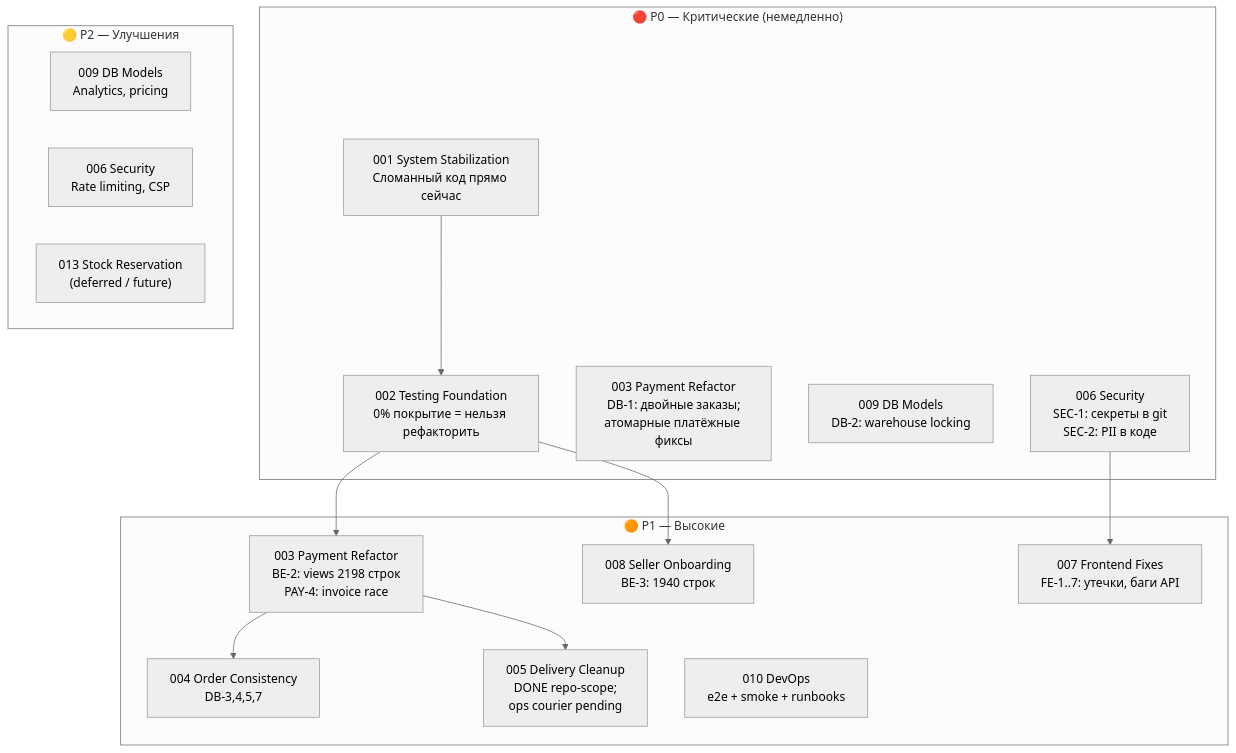
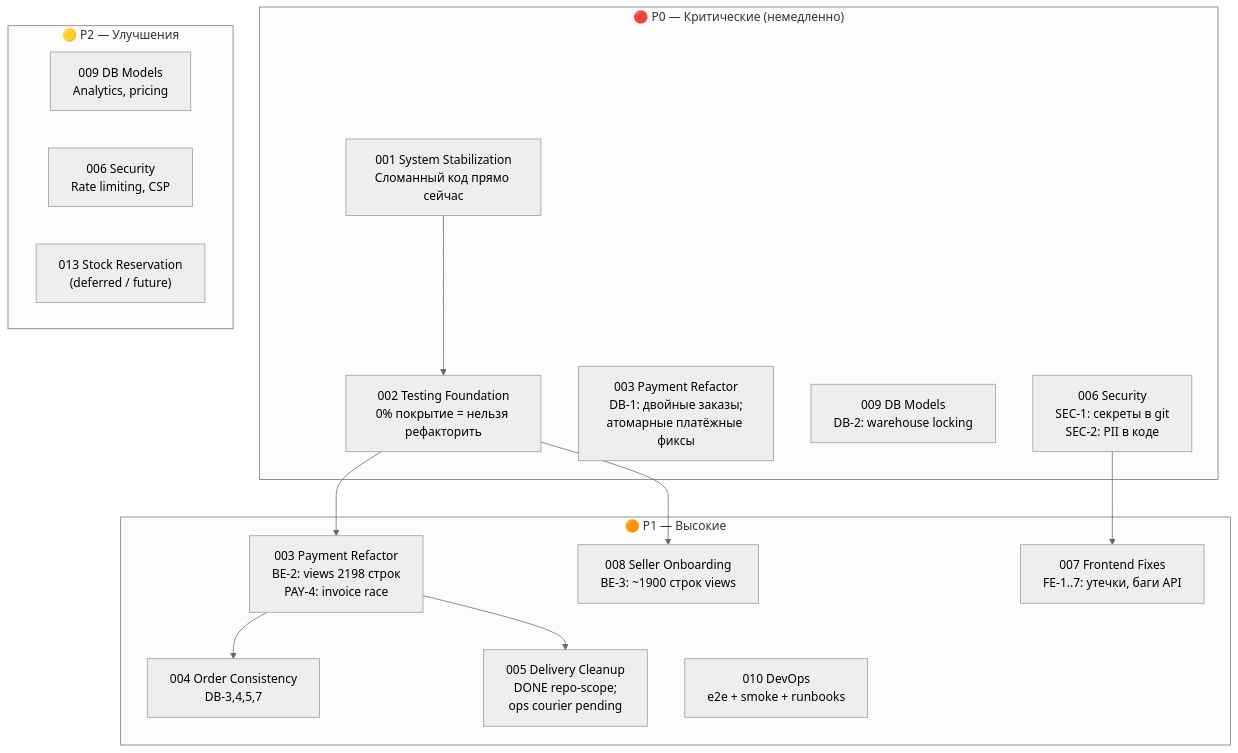
Before and after one commit to pavelchamgl/reli.one: the first of 2 diagrams in docs/tasks/README.md, drawn with Mermaid (neutral theme). The commit also changed other lines of this file and 2 other files, not shown here.

First line of the commit message:
docs(tasks): sync Task 008 seller onboarding with code and tests

````diff
--- a/docs/tasks/README.md
+++ b/docs/tasks/README.md
@@ -68,32 +68,32 @@
 ```mermaid
 graph TD
     subgraph P0["🔴 P0 — Критические (немедленно)"]
         T001["001 System Stabilization\nСломанный код прямо сейчас"]
         T002["002 Testing Foundation\n0% покрытие = нельзя рефакторить"]
         T003P0["003 Payment Refactor\nDB-1: двойные заказы;\nатомарные платёжные фиксы"]
         T009P0["009 DB Models\nDB-2: warehouse locking"]
         T006P0["006 Security\nSEC-1: секреты в git\nSEC-2: PII в коде"]
     end
 
     subgraph P1["🟠 P1 — Высокие"]
         T003["003 Payment Refactor\nBE-2: views 2198 строк\nPAY-4: invoice race"]
         T004["004 Order Consistency\nDB-3,4,5,7"]
         T005["005 Delivery Cleanup\nDONE repo-scope;\nops courier pending"]
         T007["007 Frontend Fixes\nFE-1..7: утечки, баги API"]
-        T008["008 Seller Onboarding\nBE-3: 1940 строк"]
+        T008["008 Seller Onboarding\nBE-3: ~1900 строк views"]
         T010["010 DevOps\ne2e + smoke + runbooks"]
     end
 
     subgraph P2["🟡 P2 — Улучшения"]
         T009["009 DB Models\nAnalytics, pricing"]
         T006P2["006 Security\nRate limiting, CSP"]
         T013F["013 Stock Reservation\n(deferred / future)"]
     end
 
     T001 --> T002
     T002 --> T003
     T002 --> T008
     T003 --> T004
     T003 --> T005
     T006P0 --> T007
 ```
````
